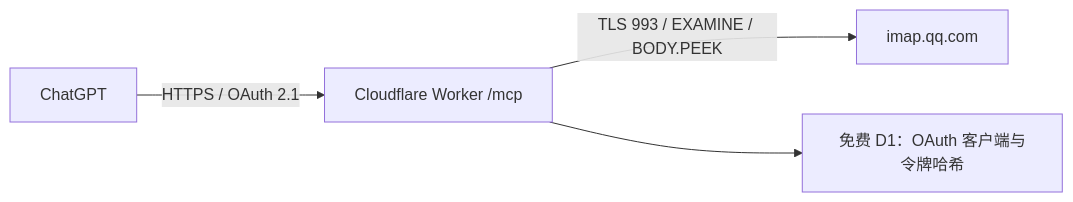
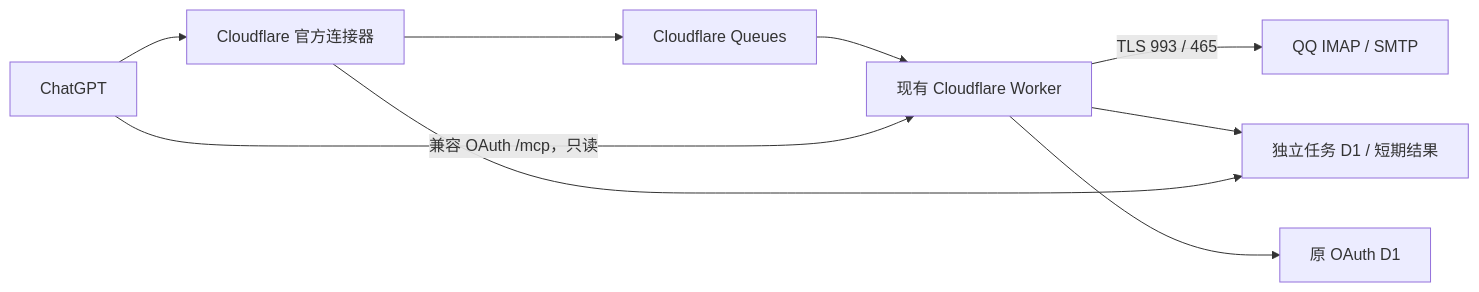
Before and after one commit to ngwglai/GPT: the diagram in projects/qq-mail-mcp/README.md, drawn with Mermaid. The commit also changed other lines of this file and 18 other files, not shown here.

````diff
--- a/projects/qq-mail-mcp/README.md
+++ b/projects/qq-mail-mcp/README.md
@@ -5,6 +7,11 @@
 ```mermaid
 flowchart LR
-  ChatGPT -->|HTTPS / OAuth 2.1| Worker[Cloudflare Worker /mcp]
-  Worker -->|TLS 993 / EXAMINE / BODY.PEEK| QQ[imap.qq.com]
-  Worker --> D1[免费 D1：OAuth 客户端与令牌哈希]
+  ChatGPT --> CF[Cloudflare 官方连接器]
+  CF --> Queue[Cloudflare Queues]
+  Queue --> Worker[现有 Cloudflare Worker]
+  Worker -->|TLS 993 / 465| QQ[QQ IMAP / SMTP]
+  Worker --> Tasks[独立任务 D1 / 短期结果]
+  CF --> Tasks
+  ChatGPT -->|兼容 OAuth /mcp，只读| Worker
+  Worker --> Auth[原 OAuth D1]
 ```
````
